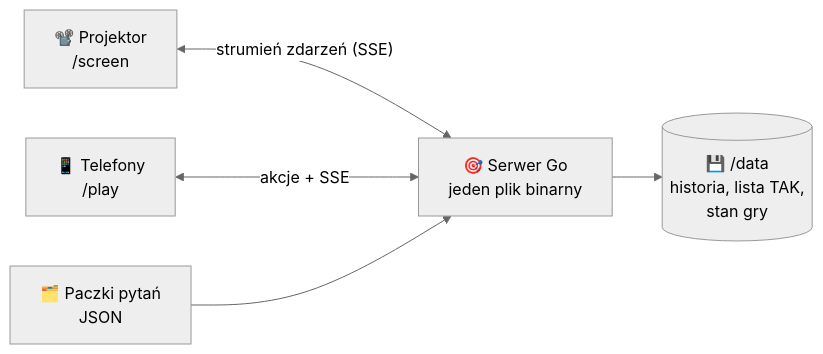
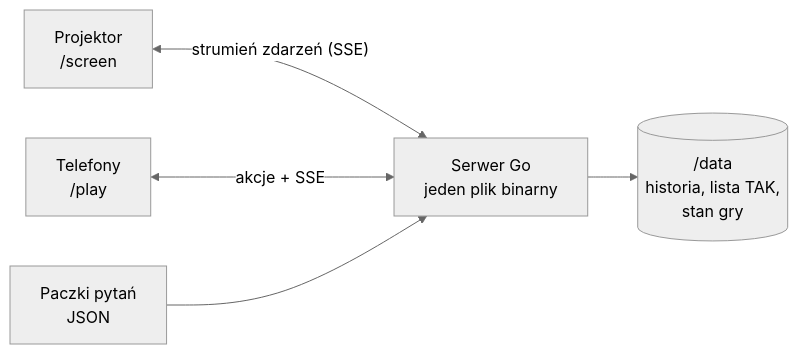
One commit to Huge-Commits-Only/duet changed the diagram in docs/rozwoj.md. Above: the diagram before and after it, drawn with Mermaid (neutral theme). The commit also changed other lines of this file and 9 other files, not shown here.

````diff
--- a/docs/rozwoj.md
+++ b/docs/rozwoj.md
@@ -7,7 +7,7 @@
 ```mermaid
 flowchart LR
-    P["📽️ Projektor<br/>/screen"] <-- "strumień zdarzeń (SSE)" --> S
-    T["📱 Telefony<br/>/play"] <-- "akcje + SSE" --> S
-    S["🎯 Serwer Go<br/>jeden plik binarny"] --> D[("💾 /data<br/>historia, lista TAK,<br/>stan gry")]
-    Q["🗂️ Paczki pytań<br/>JSON"] --> S
+    P["Projektor<br/>/screen"] <-- "strumień zdarzeń (SSE)" --> S
+    T["Telefony<br/>/play"] <-- "akcje + SSE" --> S
+    S["Serwer Go<br/>jeden plik binarny"] --> D[("/data<br/>historia, lista TAK,<br/>stan gry")]
+    Q["Paczki pytań<br/>JSON"] --> S
 ```
````
